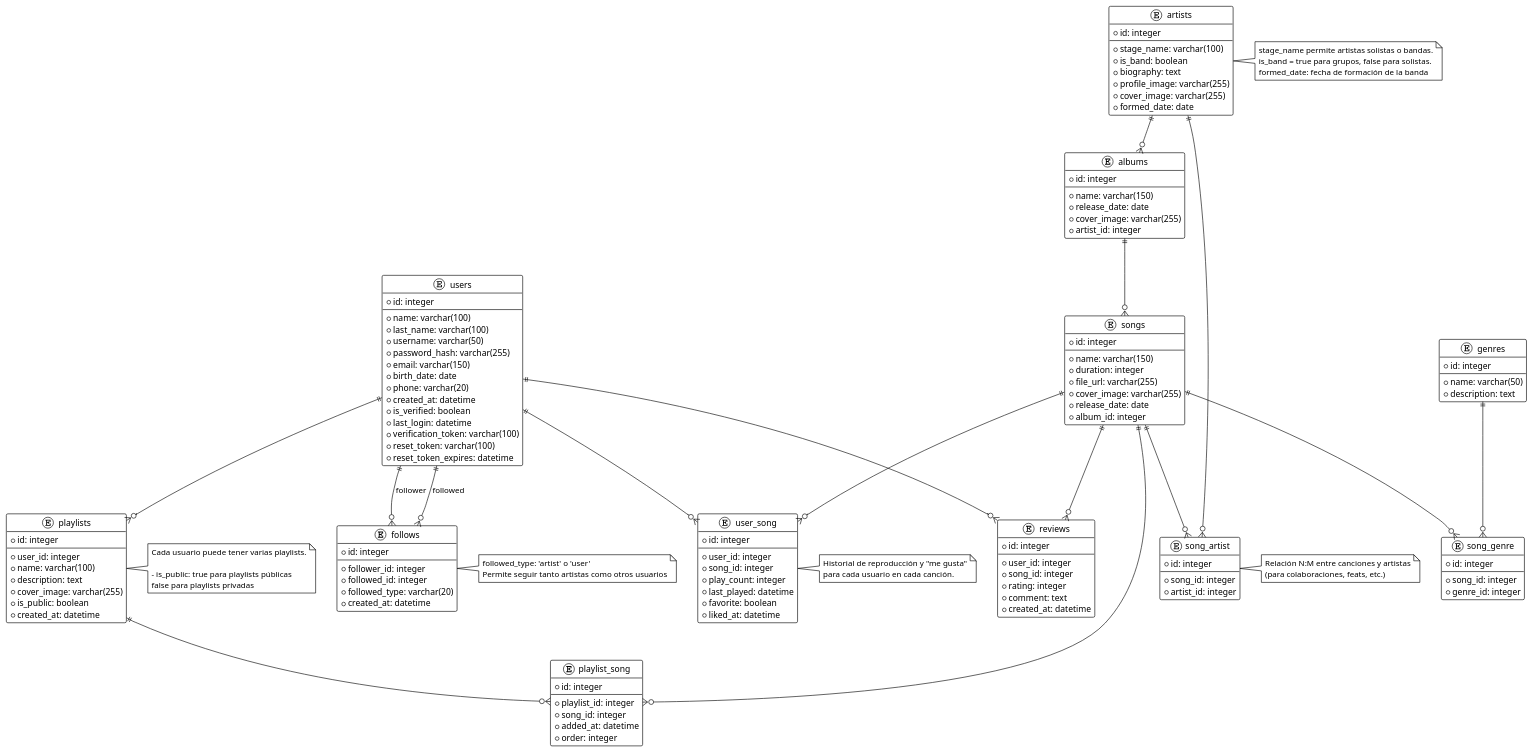
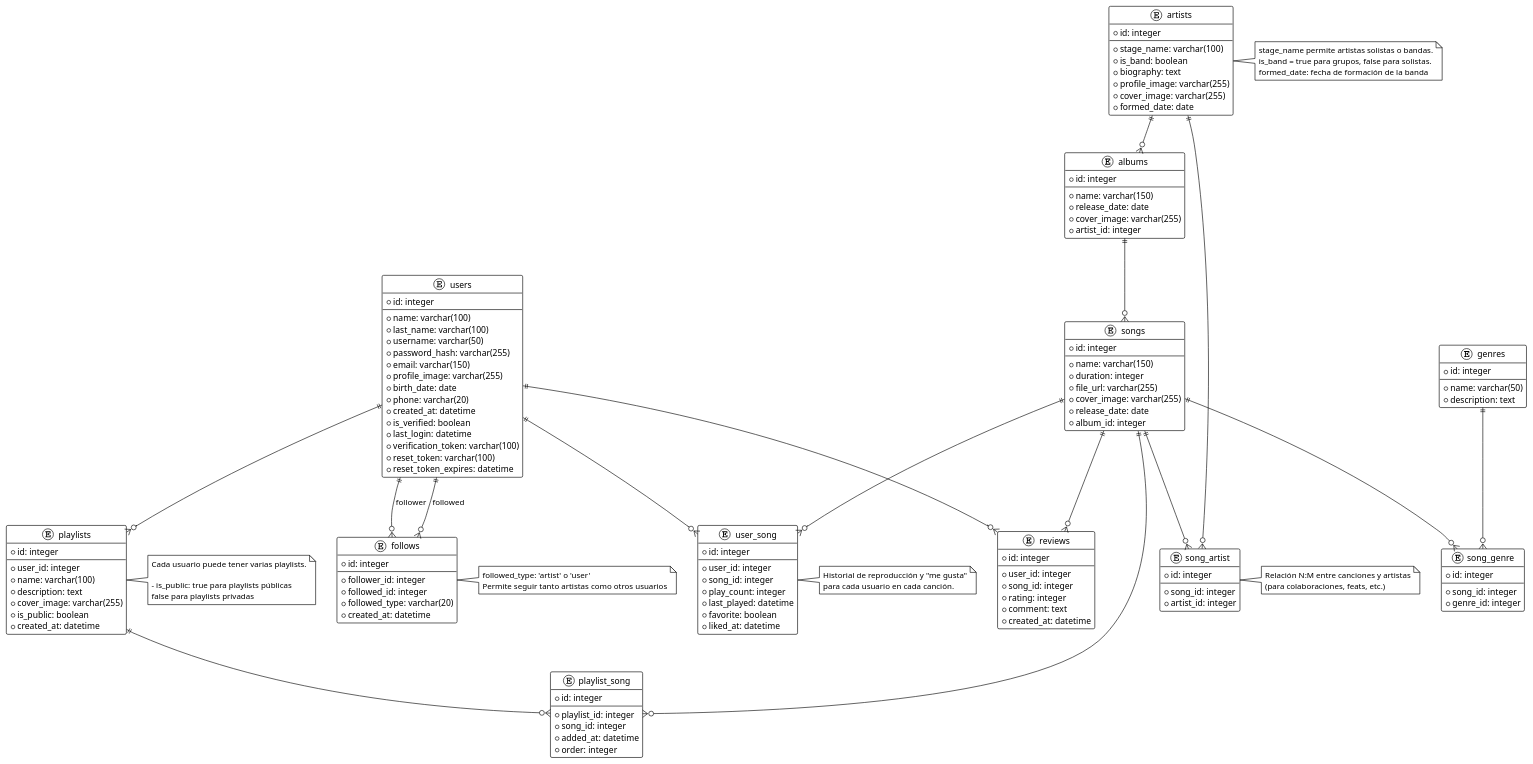
One commit to PatrickLeon24/ProyectoPrograMovil changed the diagram in Docs/Diagramas/DiagramaERDV2.plantuml. Above: the diagram before and after it, drawn with PlantUML. The commit also changed 6 other files, not shown here.

```diff
--- a/Docs/Diagramas/DiagramaERDV2.plantuml
+++ b/Docs/Diagramas/DiagramaERDV2.plantuml
@@ -1,177 +1,178 @@
 @startuml
 !theme plain
 
 entity "users" {
   * id: integer
   --
   * name: varchar(100)
   * last_name: varchar(100)
   * username: varchar(50)
   * password_hash: varchar(255)
   * email: varchar(150)
+  * profile_image: varchar(255)
   * birth_date: date
   * phone: varchar(20)
   * created_at: datetime
   * is_verified: boolean
   * last_login: datetime
   * verification_token: varchar(100)
   * reset_token: varchar(100)
   * reset_token_expires: datetime
 }
 
 entity "artists" {
   * id: integer
   --
   * stage_name: varchar(100)
   * is_band: boolean
   * biography: text
   * profile_image: varchar(255)
   * cover_image: varchar(255)
   * formed_date: date
 }
 
 entity "albums" {
   * id: integer
   --
   * name: varchar(150)
   * release_date: date
   * cover_image: varchar(255)
   * artist_id: integer
 }
 
 entity "songs" {
   * id: integer
   --
   * name: varchar(150)
   * duration: integer
   * file_url: varchar(255)
   * cover_image: varchar(255)
   * release_date: date
   * album_id: integer
 }
 
 entity "genres" {
   * id: integer
   --
   * name: varchar(50)
   * description: text
 }
 
 entity "song_genre" {
   * id: integer
   --
   * song_id: integer
   * genre_id: integer
 }
 
 entity "song_artist" {
   * id: integer
   --
   * song_id: integer
   * artist_id: integer
 }
 
 entity "user_song" {
   * id: integer
   --
   * user_id: integer
   * song_id: integer
   * play_count: integer
   * last_played: datetime
   * favorite: boolean
   * liked_at: datetime
 }
 
 entity "playlists" {
   * id: integer
   --
   * user_id: integer
   * name: varchar(100)
   * description: text
   * cover_image: varchar(255)
   * is_public: boolean
   * created_at: datetime
 }
 
 entity "playlist_song" {
   * id: integer
   --
   * playlist_id: integer
   * song_id: integer
   * added_at: datetime
   * order: integer
 }
 
 entity "reviews" {
   * id: integer
   --
   * user_id: integer
   * song_id: integer
   * rating: integer
   * comment: text
   * created_at: datetime
 }
 
 entity "follows" {
   * id: integer
   --
   * follower_id: integer
   * followed_id: integer
   * followed_type: varchar(20)
   * created_at: datetime
 }
 
 ' Relaciones
 users ||--o{ user_song
 songs ||--o{ user_song
 
 artists ||--o{ albums
 albums ||--o{ songs
 
 songs ||--o{ song_artist
 artists ||--o{ song_artist
 
 users ||--o{ playlists
 playlists ||--o{ playlist_song
 songs ||--o{ playlist_song
 
 genres ||--o{ song_genre
 songs ||--o{ song_genre
 
 users ||--o{ reviews
 songs ||--o{ reviews
 
 ' Relaciones CORREGIDAS para follows
 users ||--o{ follows : "follower"
 users ||--o{ follows : "followed"
 
 ' Notas
 note right of artists
   stage_name permite artistas solistas o bandas.
   is_band = true para grupos, false para solistas.
   formed_date: fecha de formación de la banda
 end note
 
 note right of song_artist
   Relación N:M entre canciones y artistas
   (para colaboraciones, feats, etc.)
 end note
 
 note right of playlists
   Cada usuario puede tener varias playlists.
 
   - is_public: true para playlists públicas
   false para playlists privadas
 end note
 
 note right of user_song
   Historial de reproducción y "me gusta"
   para cada usuario en cada canción.
 end note
 
 note right of follows
   followed_type: 'artist' o 'user'
   Permite seguir tanto artistas como otros usuarios
 end note
 
 @enduml
```
